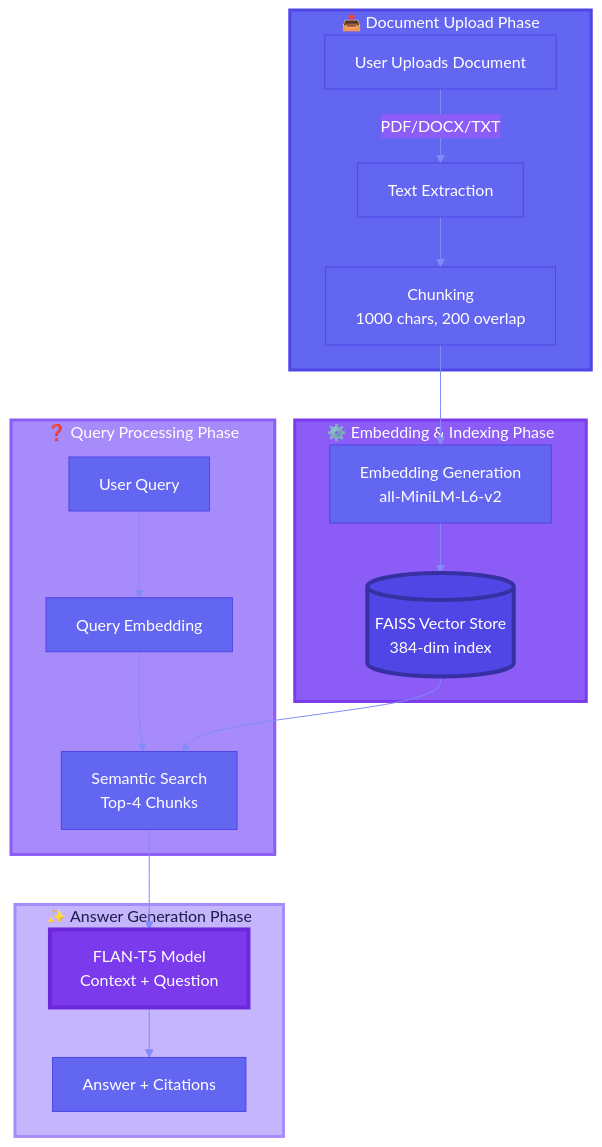
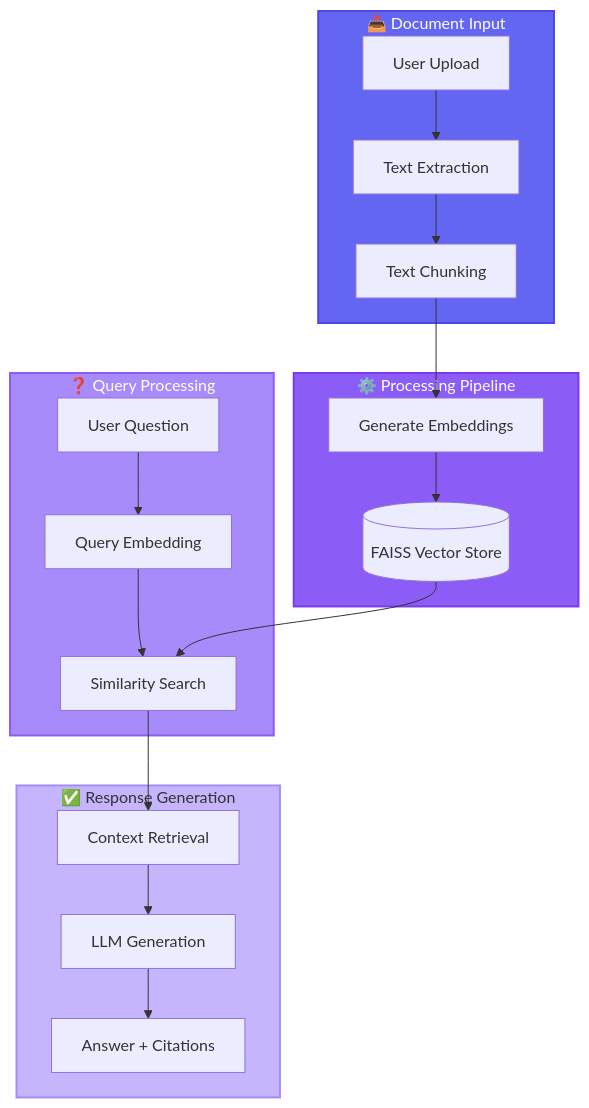
One commit to 24pwai0032-gif/rag-document-chat changed the second of 2 diagrams in README.md. Above: the diagram before and after it, drawn with Mermaid. The commit also changed other lines of this file, not shown here.

````diff
--- a/README.md
+++ b/README.md
@@ -437,32 +261,29 @@
 ```mermaid
-%%{init: {'theme':'base', 'themeVariables': { 'primaryColor':'#6366f1','primaryTextColor':'#fff','primaryBorderColor':'#4f46e5','lineColor':'#818cf8','secondaryColor':'#8b5cf6','tertiaryColor':'#a78bfa','background':'#1e1b4b','fontSize':'16px','fontFamily':'arial'}}}%%
-
 flowchart TB
-    subgraph Upload["📤 Document Upload Phase"]
-        A[User Uploads Document] -->|PDF/DOCX/TXT| B[Text Extraction]
-        B --> C[Chunking<br/>1000 chars, 200 overlap]
+    subgraph Input["📥 Document Input"]
+        A[User Upload] --> B[Text Extraction]
+        B --> C[Text Chunking]
     end
     
-    subgraph Processing["⚙️ Embedding & Indexing Phase"]
-        C --> D[Embedding Generation<br/>all-MiniLM-L6-v2]
-        D --> E[(FAISS Vector Store<br/>384-dim index)]
+    subgraph Processing["⚙️ Processing Pipeline"]
+        C --> D[Generate Embeddings]
+        D --> E[(FAISS Vector Store)]
     end
     
-    subgraph Query["❓ Query Processing Phase"]
-        F[User Query] --> G[Query Embedding]
-        G --> H[Semantic Search<br/>Top-4 Chunks]
+    subgraph Query["❓ Query Processing"]
+        F[User Question] --> G[Query Embedding]
+        G --> H[Similarity Search]
         E --> H
     end
     
-    subgraph Response["✨ Answer Generation Phase"]
-        H --> I[FLAN-T5 Model<br/>Context + Question]
-        I --> J[Answer + Citations]
+    subgraph Response["✅ Response Generation"]
+        H --> I[Context Retrieval]
+        I --> J[LLM Generation]
+        J --> K[Answer + Citations]
     end
     
-    style Upload fill:#6366f1,stroke:#4f46e5,stroke-width:3px,color:#fff
-    style Processing fill:#8b5cf6,stroke:#7c3aed,stroke-width:3px,color:#fff
-    style Query fill:#a78bfa,stroke:#8b5cf6,stroke-width:3px,color:#fff
-    style Response fill:#c4b5fd,stroke:#a78bfa,stroke-width:3px,color:#1e1b4b
-    style E fill:#4f46e5,stroke:#3730a3,stroke-width:4px,color:#fff
-    style I fill:#7c3aed,stroke:#6d28d9,stroke-width:4px,color:#fff
+    style Input fill:#6366f1,stroke:#4f46e5,stroke-width:2px,color:#fff
+    style Processing fill:#8b5cf6,stroke:#7c3aed,stroke-width:2px,color:#fff
+    style Query fill:#a78bfa,stroke:#8b5cf6,stroke-width:2px,color:#fff
+    style Response fill:#c4b5fd,stroke:#a78bfa,stroke-width:2px,color:#333
 ```
````
